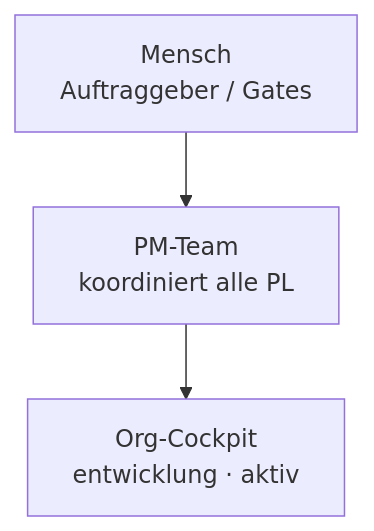
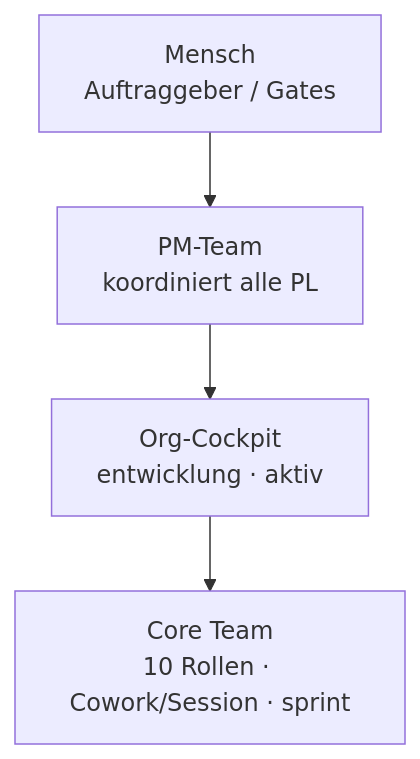
One commit to DiOflOrds/p9 changed the diagram in ORGANIGRAMM.md. Above: the diagram before and after it, drawn with Mermaid. The commit also changed other lines of this file and 9 other files, not shown here.

````diff
--- a/ORGANIGRAMM.md
+++ b/ORGANIGRAMM.md
@@ -7,8 +7,10 @@
 ```mermaid
 graph TB
   MENSCH["Mensch<br/>Auftraggeber / Gates"]
   PM["PM-Team<br/>koordiniert alle PL"]
   MENSCH --> PM
   p9["Org-Cockpit<br/>entwicklung · aktiv"]
   PM --> p9
+  p9_CORE["Core Team<br/>10 Rollen · Cowork/Session · sprint"]
+  p9 --> p9_CORE
 ```
````
